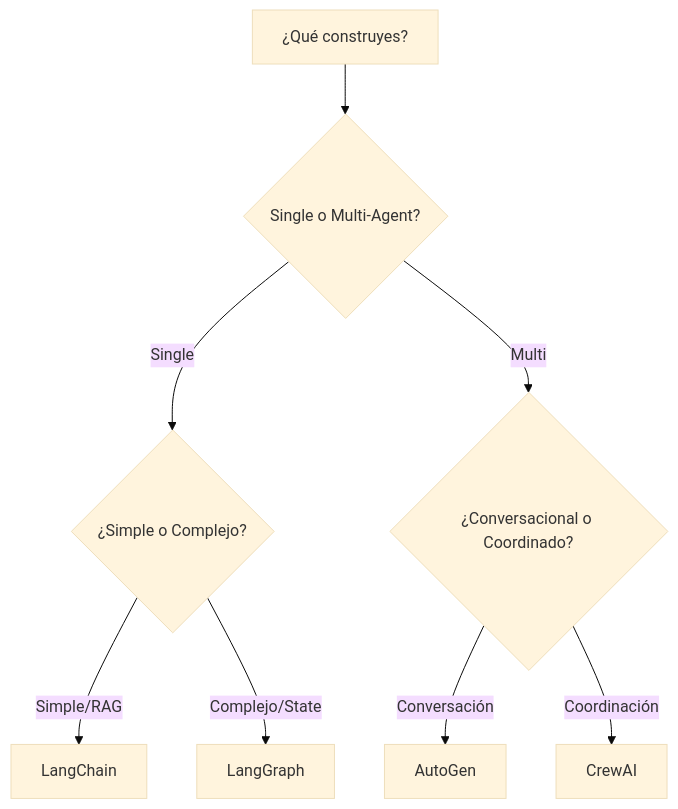
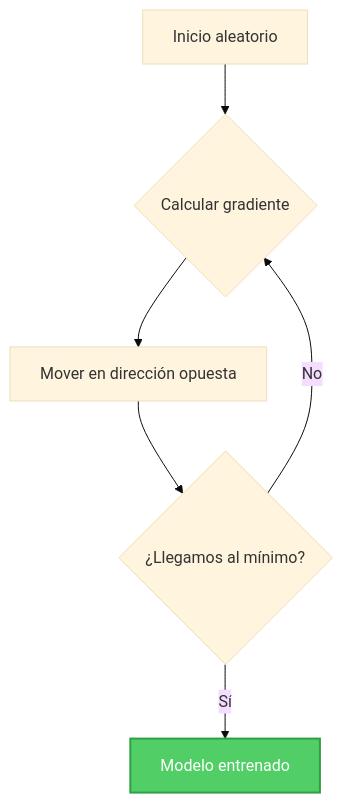
One commit to RACPSC2025/Professional-AI-Agent-Developer-Course-v1.0 changed the fifth of 10 diagrams in module0/README.md. Above: the diagram before and after it, drawn with Mermaid (base theme). The commit also changed other lines of this file and 4 other files, not shown here.

````diff
--- a/module0/README.md
+++ b/module0/README.md
@@ -38,12 +423,10 @@
 ```mermaid
 graph TD
-    A[¿Qué construyes?] --> B{Single o Multi-Agent?}
-    B -->|Single| C{¿Simple o Complejo?}
-    B -->|Multi| D{¿Conversacional o Coordinado?}
+    A[Inicio aleatorio] --> B{Calcular gradiente}
+    B --> C[Mover en dirección opuesta]
+    C --> D{¿Llegamos al mínimo?}
+    D -->|No| B
+    D -->|Sí| E[Modelo entrenado]
     
-    C -->|Simple/RAG| E[LangChain]
-    C -->|Complejo/State| F[LangGraph]
-    
-    D -->|Conversación| G[AutoGen]
-    D -->|Coordinación| H[CrewAI]
+    style E fill:#51CF66,color:#fff,stroke:#2F9E44,stroke-width:2px
 ```
````
